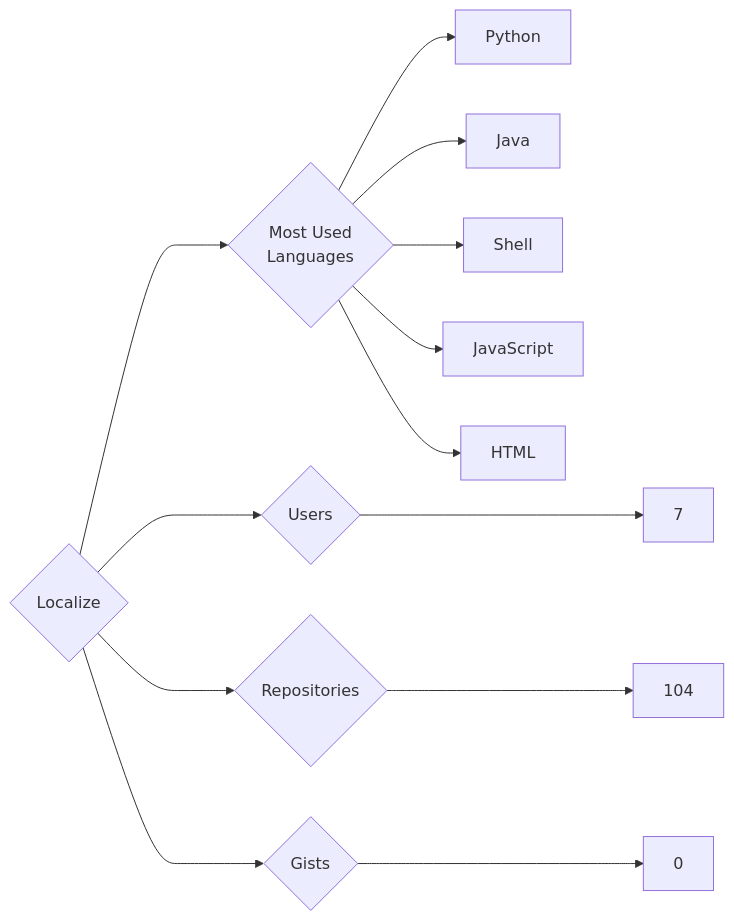
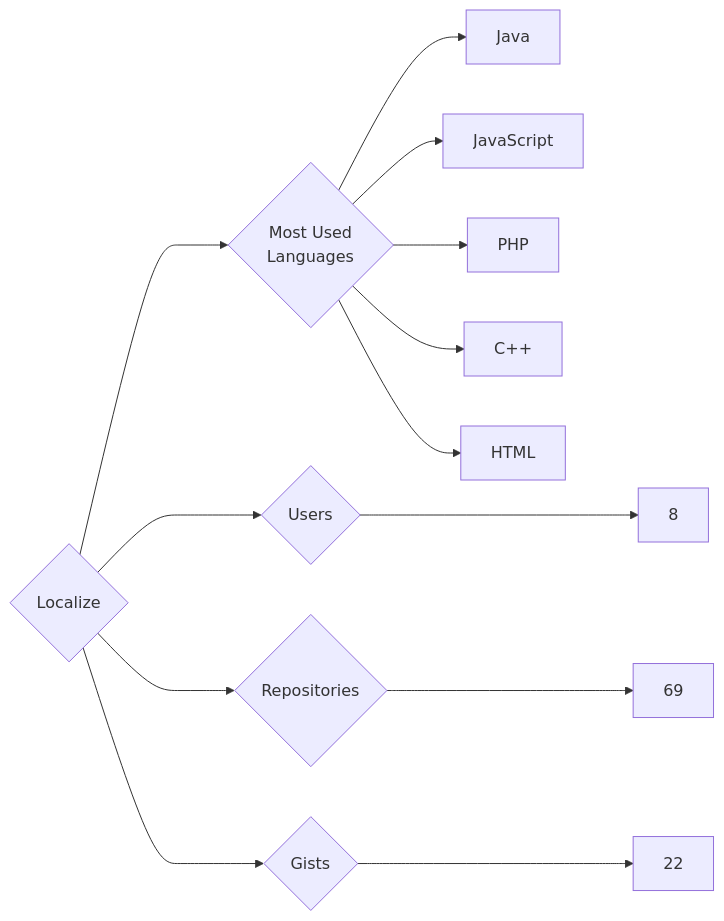
One commit to trickest/insiders changed the diagram in targets/Localize/README.md. Above: the diagram before and after it, drawn with Mermaid. The commit also changed 823 other files, not shown here.

````diff
--- a/targets/Localize/README.md
+++ b/targets/Localize/README.md
@@ -3,13 +3,13 @@
 ```mermaid
 graph LR
 COMPANY_NAME{Localize}
-COMPANY_NAME ---> U{Users} ---> UN[7]
-COMPANY_NAME ---> R{Repositories} ---> RN[104]
-COMPANY_NAME ---> G{Gists} ---> GN[0]
+COMPANY_NAME ---> U{Users} ---> UN[8]
+COMPANY_NAME ---> R{Repositories} ---> RN[69]
+COMPANY_NAME ---> G{Gists} ---> GN[22]
 COMPANY_NAME ---> ML{Most Used<br>Languages}
-ML --> Python[Python]
 ML --> Java[Java]
-ML --> Shell[Shell]
 ML --> JavaScript[JavaScript]
+ML --> PHP[PHP]
+ML --> C++[C++]
 ML --> HTML[HTML]
 ```
````
